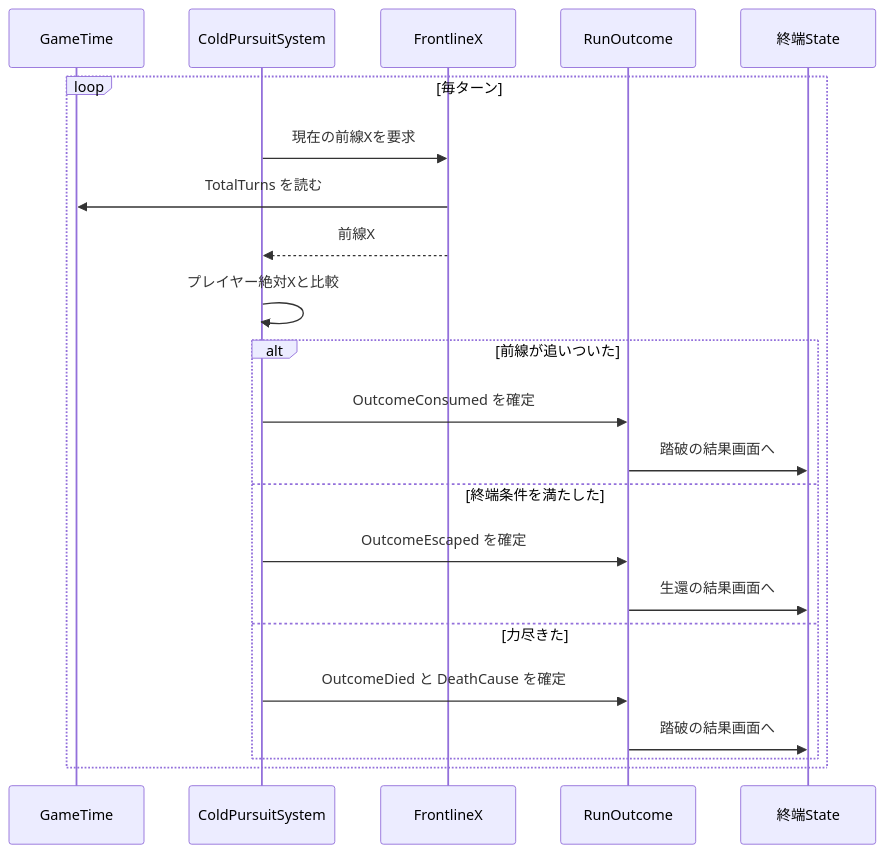
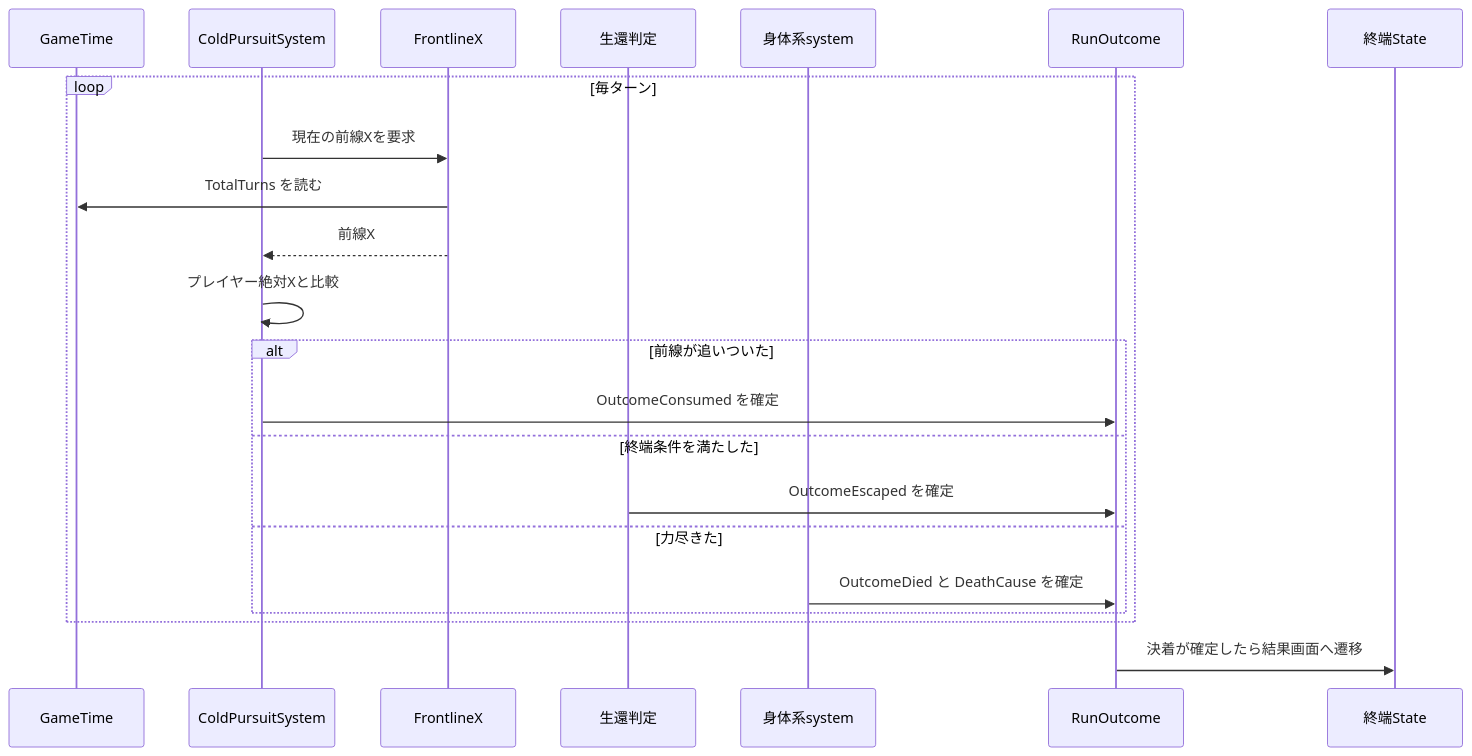
Before and after one commit to kijimad/ruins: the second of 2 diagrams in docs/design/260821223229.md, drawn with Mermaid. The commit also changed other lines of this file and 2 other files, not shown here.

Commit message:
docs(design): セルフレビューで見つけた設計の穴を塞ぐ
血モデルの適用範囲を HealthStatus を持つ生き物に限定し、什器・機械は
従来の単純耐久で壊す分岐を明記する。寒暑・飢餓・毒など被弾でない
ダメージの行き先を血に定め、凍死・餓死も死因一本化へ合流させる。
臓器喪失の大出血は即時減算と明確化し、とどめの手応えに遅延を挟まない。
DiseaseSystem の対象を病気系 ConditionType の集合で絞り体温条件を守る。
マクロ側はシーケンス図の決着責務を担当ごとに分け、本文と一致させる。

Claude-Session: https://claude.ai/code/session_0184nnwKwWFSn344qy4PKdza

````diff
--- a/docs/design/260821223229.md
+++ b/docs/design/260821223229.md
@@ -119,25 +121,25 @@
 ```mermaid
 sequenceDiagram
     participant GT as GameTime
     participant CP as ColdPursuitSystem
     participant FX as FrontlineX
+    participant SV as 生還判定
+    participant BD as 身体系system
     participant RO as RunOutcome
     participant ST as 終端State
 
     loop 毎ターン
         CP->>FX: 現在の前線Xを要求
         FX->>GT: TotalTurns を読む
         FX-->>CP: 前線X
         CP->>CP: プレイヤー絶対Xと比較
         alt 前線が追いついた
             CP->>RO: OutcomeConsumed を確定
-            RO->>ST: 踏破の結果画面へ
         else 終端条件を満たした
-            CP->>RO: OutcomeEscaped を確定
-            RO->>ST: 生還の結果画面へ
+            SV->>RO: OutcomeEscaped を確定
         else 力尽きた
-            CP->>RO: OutcomeDied と DeathCause を確定
-            RO->>ST: 踏破の結果画面へ
+            BD->>RO: OutcomeDied と DeathCause を確定
         end
     end
+    RO->>ST: 決着が確定したら結果画面へ遷移
 ```
````
